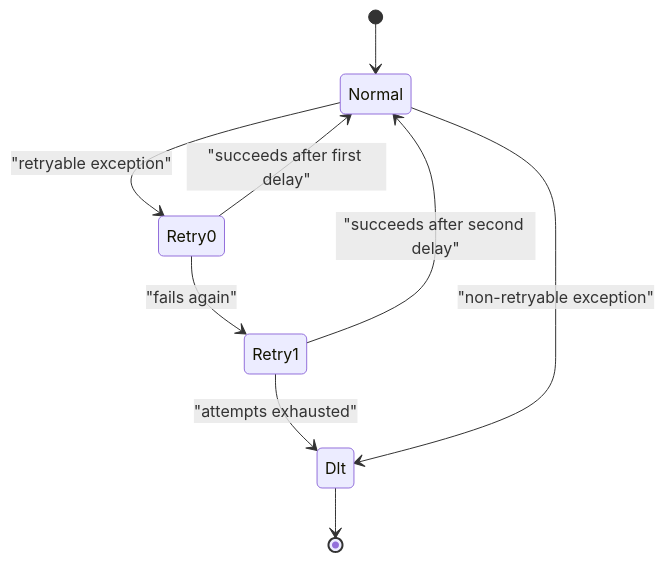
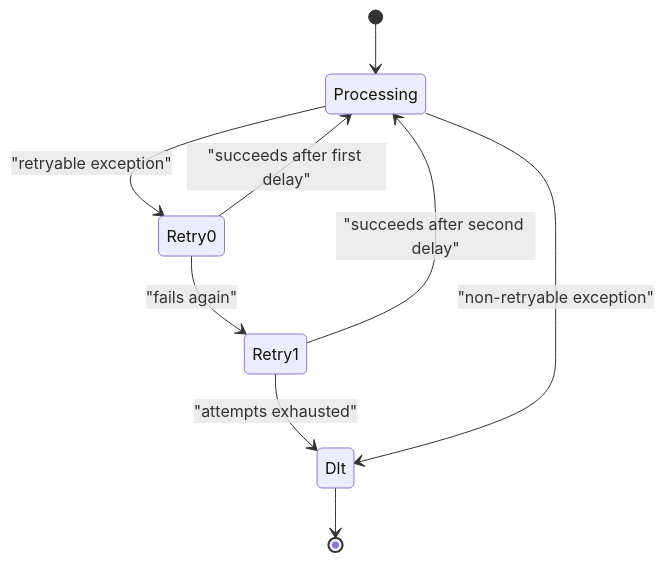
Before and after one commit to shafibabar/ec-conduct-factory: the fourth of 7 diagrams in knowledge/system-explainer-input.md, drawn with Mermaid. The commit also changed other lines of this file and 26 other files, not shown here.

````diff
--- a/knowledge/system-explainer-input.md
+++ b/knowledge/system-explainer-input.md
@@ -999,11 +1599,11 @@
 ```mermaid
 stateDiagram-v2
-  [*] --> Normal
-  Normal --> Retry0 : "retryable exception"
-  Retry0 --> Normal : "succeeds after first delay"
+  [*] --> Processing
+  Processing --> Retry0 : "retryable exception"
+  Retry0 --> Processing : "succeeds after first delay"
   Retry0 --> Retry1 : "fails again"
-  Retry1 --> Normal : "succeeds after second delay"
+  Retry1 --> Processing : "succeeds after second delay"
   Retry1 --> Dlt : "attempts exhausted"
-  Normal --> Dlt : "non-retryable exception"
+  Processing --> Dlt : "non-retryable exception"
   Dlt --> [*]
 ```
````
